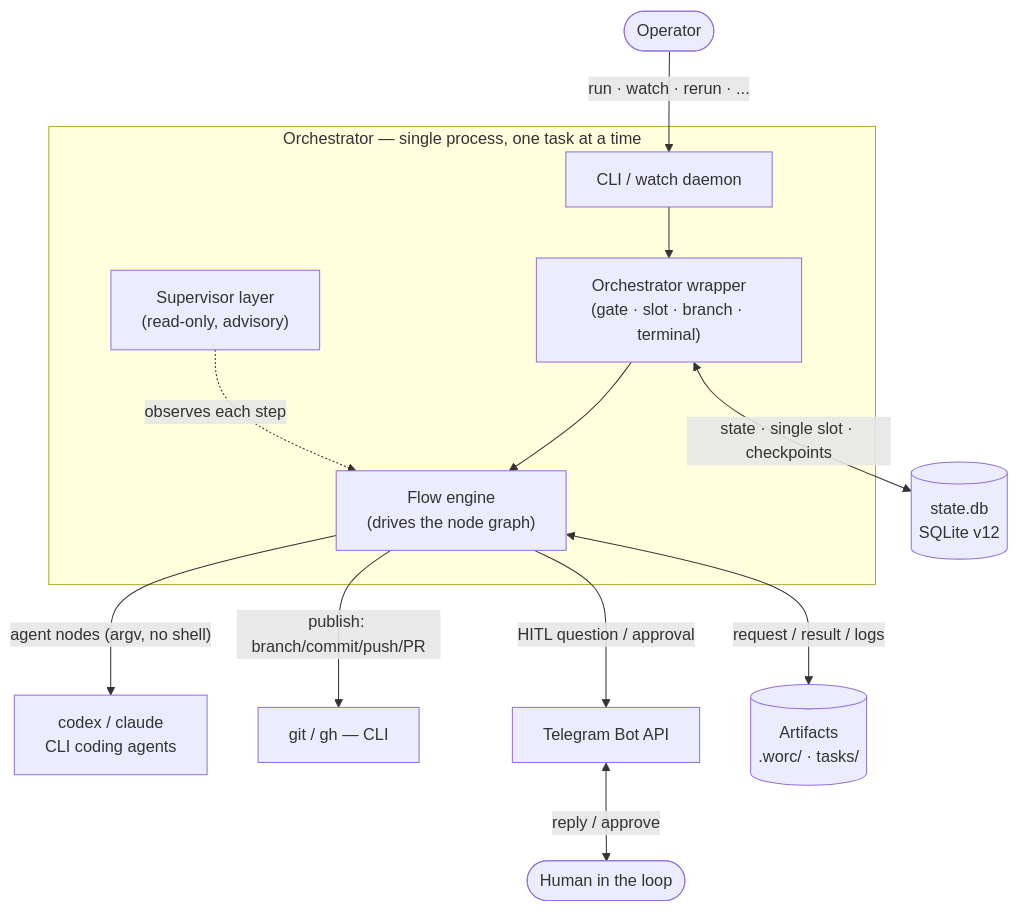
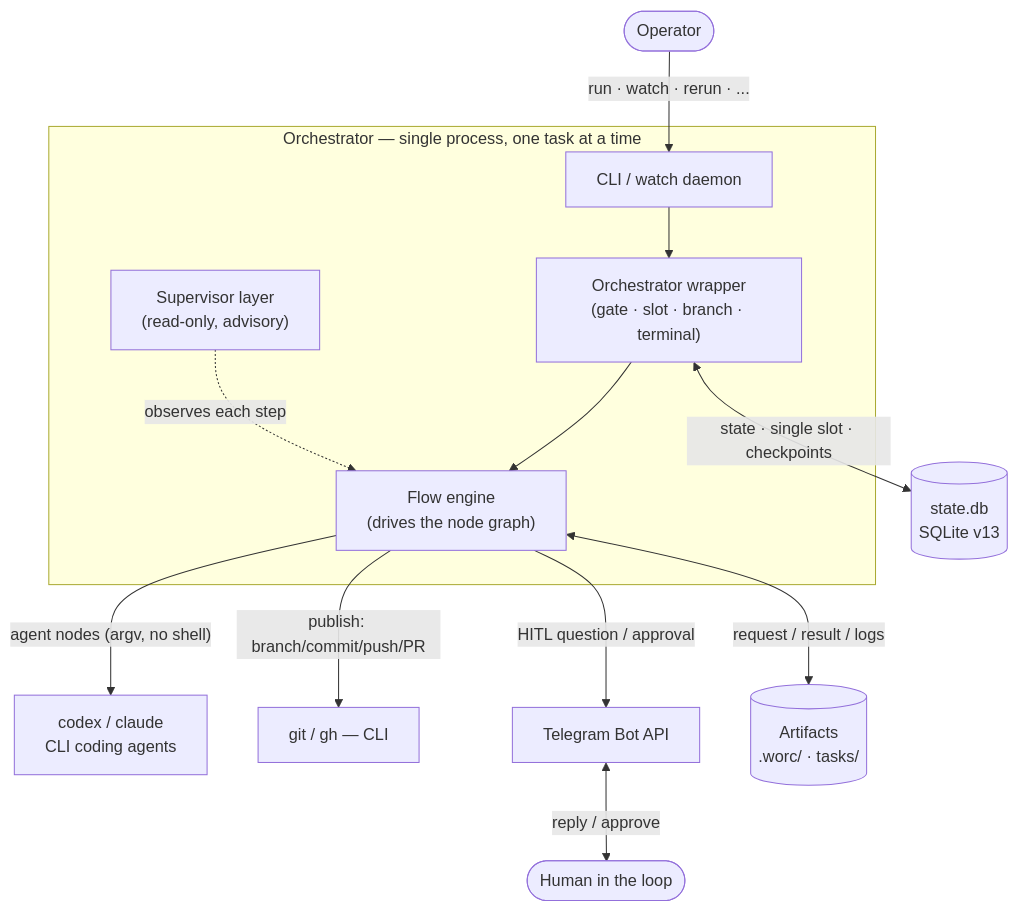
The first of 3 diagrams in docs/worc_architecture.md (VladimirMakarevich/wastech-orchestrator), drawn with Mermaid before and after one commit. The commit also changed other lines of this file, not shown here.

First line of the commit message:
docs(architecture): fix state.db version, schema_version, CLI surface

````diff
--- a/docs/worc_architecture.md
+++ b/docs/worc_architecture.md
@@ -30,28 +30,28 @@
 ```mermaid
 flowchart TB
     operator(["Operator"])
     human(["Human in the loop"])
 
     subgraph orc["Orchestrator — single process, one task at a time"]
         cli["CLI / watch daemon"]
         wrap["Orchestrator wrapper<br/>(gate · slot · branch · terminal)"]
         engine["Flow engine<br/>(drives the node graph)"]
         sup["Supervisor layer<br/>(read-only, advisory)"]
         cli --> wrap --> engine
         sup -. observes each step .-> engine
     end
 
     agents["codex / claude<br/>CLI coding agents"]
     vcs["git / gh — CLI"]
     tg["Telegram Bot API"]
-    db[("state.db<br/>SQLite v12")]
+    db[("state.db<br/>SQLite v13")]
     art[("Artifacts<br/>.worc/ · tasks/")]
 
     operator -->|"run · watch · rerun · ..."| cli
     engine -->|"agent nodes (argv, no shell)"| agents
     engine -->|"publish: branch/commit/push/PR"| vcs
     engine -->|"HITL question / approval"| tg
     tg <-->|"reply / approve"| human
     wrap <-->|"state · single slot · checkpoints"| db
     engine <-->|"request / result / logs"| art
 ```
````
